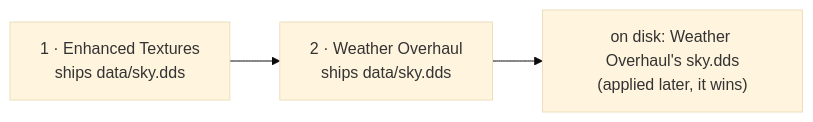
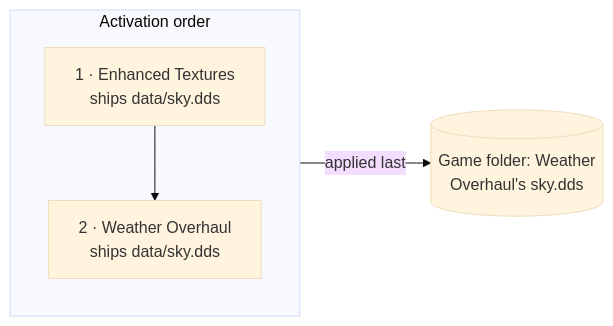
One commit to FreeProject089/BetterModsManager changed the diagram in frontend/assets/docs/en/how-it-works/load-order.md. Above: the diagram before and after it, drawn with Mermaid (base theme). The commit also changed 176 other files, not shown here.

````diff
--- a/frontend/assets/docs/en/how-it-works/load-order.md
+++ b/frontend/assets/docs/en/how-it-works/load-order.md
@@ -22,5 +22,8 @@
 ```mermaid
 flowchart LR
-    A["1 · Enhanced Textures<br/>ships data/sky.dds"] --> B["2 · Weather Overhaul<br/>ships data/sky.dds"]
-    B --> DISK["on disk: Weather Overhaul's sky.dds<br/>(applied later, it wins)"]
+    subgraph ORDER["Activation order"]
+        direction TB
+        A["1 · Enhanced Textures<br/>ships data/sky.dds"] --> B["2 · Weather Overhaul<br/>ships data/sky.dds"]
+    end
+    B -- "applied last" --> DISK[("Game folder: Weather<br/>Overhaul's sky.dds")]
 ```
````
